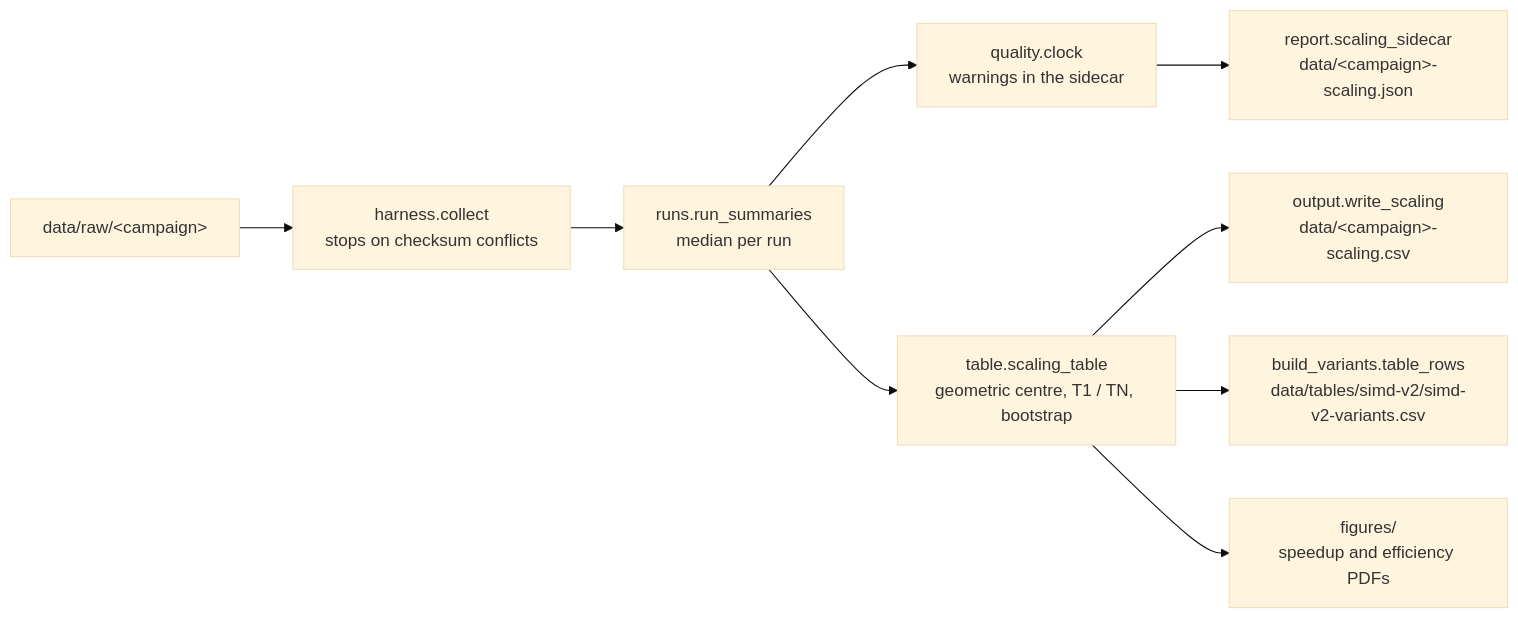
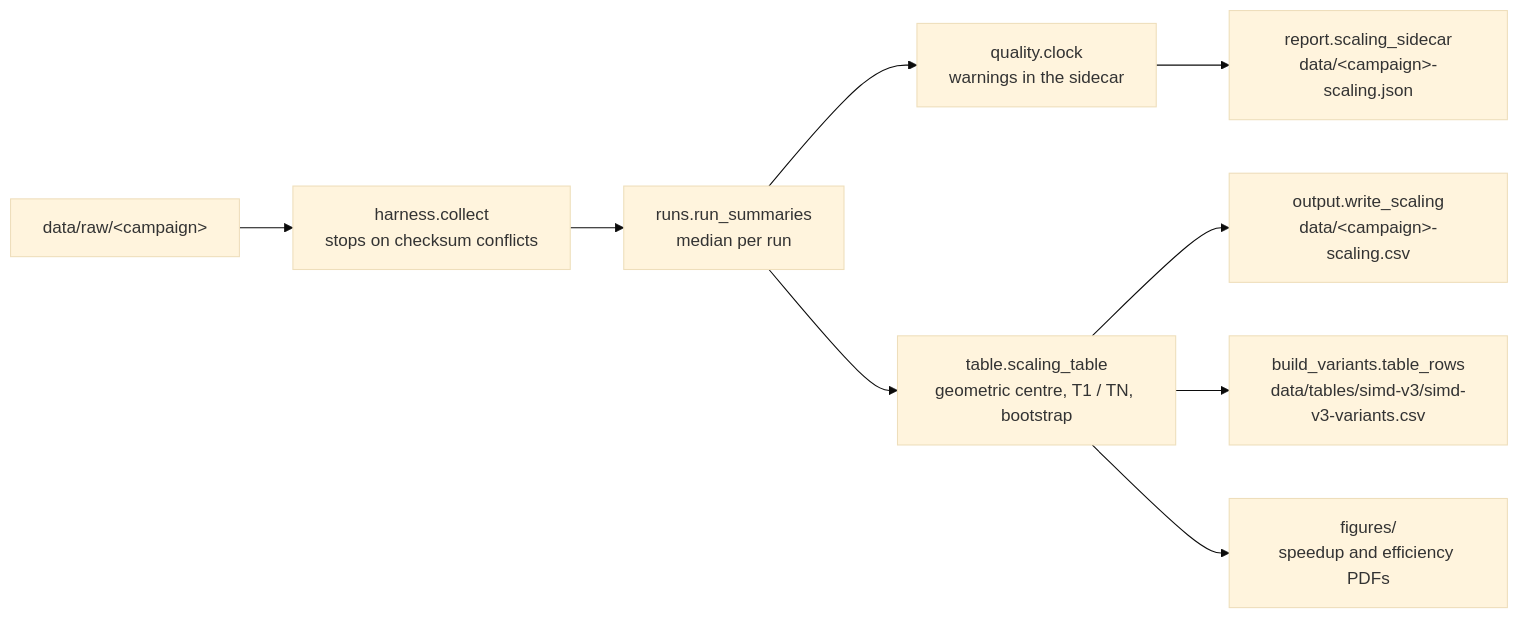
Before and after one commit to DavidCCoimbra/Scalability-of-Parallel-Code-in-WebAssembly-in-the-Browser-vs-Native: the diagram in analysis/scaling/README.md, drawn with Mermaid (base theme). The commit also changed 48431 other files, not shown here.

Commit message:
chore(data): remove the data, tables and specs of measured/v2, kept at the tag data/v2 (#98)

````diff
--- a/analysis/scaling/README.md
+++ b/analysis/scaling/README.md
@@ -47,11 +47,11 @@
 ```mermaid
 flowchart LR
     raw["data/raw/&lt;campaign&gt;"] --> collect["harness.collect<br/>stops on checksum conflicts"]
     collect --> runs["runs.run_summaries<br/>median per run"]
     runs --> clock["quality.clock<br/>warnings in the sidecar"]
     runs --> table["table.scaling_table<br/>geometric centre, T1 / TN, bootstrap"]
     table --> csv["output.write_scaling<br/>data/&lt;campaign&gt;-scaling.csv"]
     clock --> json["report.scaling_sidecar<br/>data/&lt;campaign&gt;-scaling.json"]
-    table --> variants["build_variants.table_rows<br/>data/tables/simd-v2/simd-v2-variants.csv"]
+    table --> variants["build_variants.table_rows<br/>data/tables/simd-v3/simd-v3-variants.csv"]
     table --> figures["figures/<br/>speedup and efficiency PDFs"]
 ```
````
